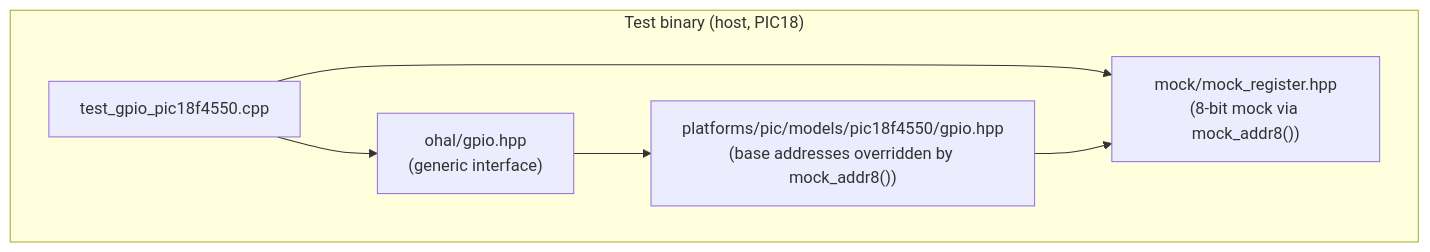
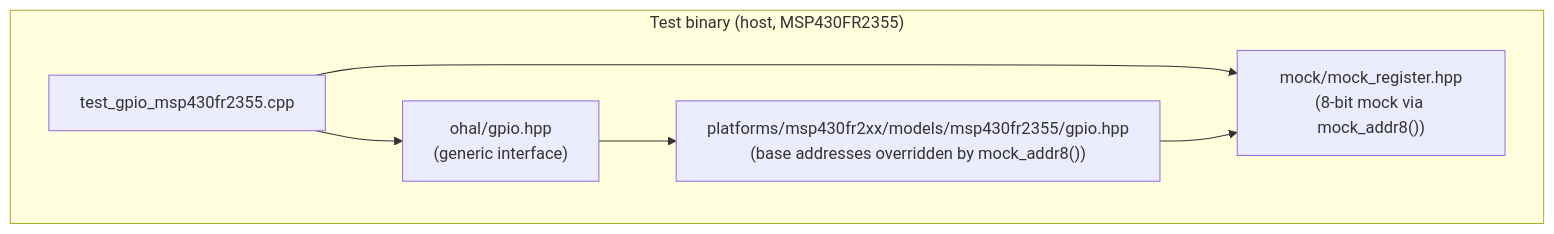
Before and after one commit to grahame-org/ohal: diagram 13 of 13 in docs/plan.md, drawn with Mermaid. The commit also changed other lines of this file and 7 other files, not shown here.

First line of the commit message:
docs: replace PIC18F4550 with MSP430FR2355 in steps 9–16 of plan

````diff
--- a/docs/plan.md
+++ b/docs/plan.md
@@ -605,13 +600,13 @@
 ```mermaid
 graph TD
-    subgraph "Test binary (host, PIC18)"
-        TEST2["test_gpio_pic18f4550.cpp"]
+    subgraph "Test binary (host, MSP430FR2355)"
+        TEST2["test_gpio_msp430fr2355.cpp"]
         MOCK2["mock/mock_register.hpp<br/>(8-bit mock via mock_addr8())"]
         IFACE2["ohal/gpio.hpp<br/>(generic interface)"]
-        PLAT2["platforms/pic/models/pic18f4550/gpio.hpp<br/>(base addresses overridden by mock_addr8())"]
+        PLAT2["platforms/msp430fr2xx/models/msp430fr2355/gpio.hpp<br/>(base addresses overridden by mock_addr8())"]
     end
     TEST2 --> MOCK2
     TEST2 --> IFACE2
     IFACE2 --> PLAT2
     PLAT2 --> MOCK2
 ```
````
